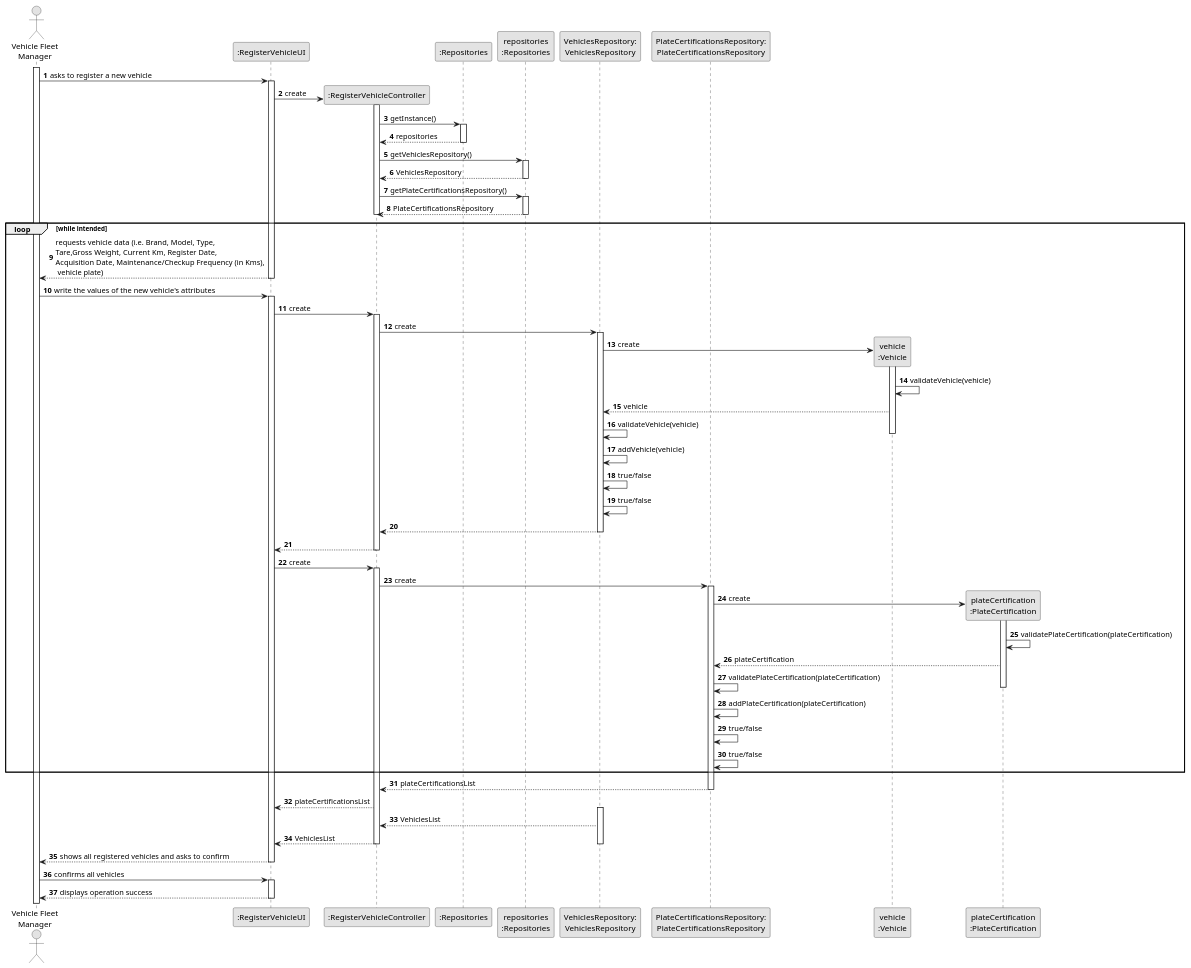
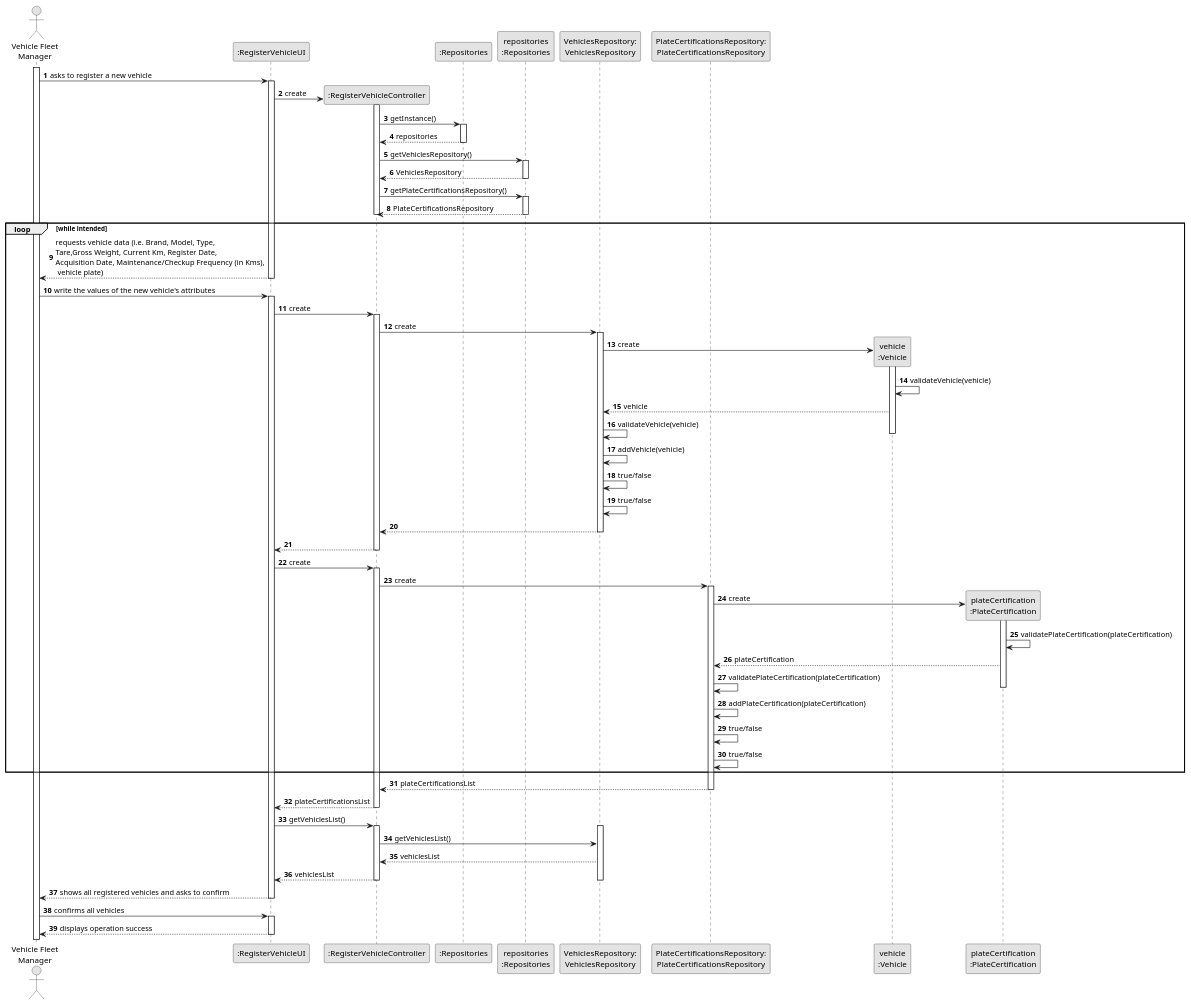
One commit to 1231360-ISEP/lei-24-s2-1db-g021 changed the diagram in docs/sprint2/us006/03.design/puml/us006-sequence-diagram-full.puml. Above: the diagram before and after it, drawn with PlantUML. The commit also changed 4 other files, not shown here.

Commit message:
US6 - update class diagram and full diagram

```diff
--- a/docs/sprint2/us006/03.design/puml/us006-sequence-diagram-full.puml
+++ b/docs/sprint2/us006/03.design/puml/us006-sequence-diagram-full.puml
@@ -1,125 +1,129 @@
 @startuml
 skinparam monochrome true
 skinparam packageStyle rectangle
 skinparam shadowing false
 
 actor "Vehicle Fleet\nManager" as VFM
 participant ":RegisterVehicleUI" as UI
 participant ":RegisterVehicleController" as CTRL
 participant ":Repositories" as RepositorySingleton
 participant "repositories\n:Repositories" as PLAT
 participant "VehiclesRepository:\nVehiclesRepository" as VehiclesRepository
 participant "PlateCertificationsRepository:\nPlateCertificationsRepository" as PlateCertificationsRepository
 participant "vehicle\n:Vehicle" as VEICULO
 participant "plateCertification\n:PlateCertification" as PLATE_CERTIFICATION
 
 autonumber 1
 
 activate VFM
 
         VFM -> UI : asks to register a new vehicle
     activate UI
 
         UI -> CTRL** : create
     activate CTRL
 
         CTRL -> RepositorySingleton : getInstance()
     activate RepositorySingleton
 
     RepositorySingleton --> CTRL: repositories
     deactivate RepositorySingleton
 
         CTRL -> PLAT : getVehiclesRepository()
     activate PLAT
 
     PLAT --> CTRL: VehiclesRepository
     deactivate PLAT
 
     CTRL -> PLAT : getPlateCertificationsRepository()
 
     activate PLAT
 
     PLAT --> CTRL: PlateCertificationsRepository
     deactivate PLAT
 
 deactivate CTRL
 
     loop while intended
         UI --> VFM : requests vehicle data (i.e. Brand, Model, Type, \nTare,Gross Weight, Current Km, Register Date, \nAcquisition Date, Maintenance/Checkup Frequency (in Kms),\n vehicle plate)
 
     deactivate UI
 
         VFM -> UI : write the values of the new vehicle's attributes
     activate UI
 
        UI -> CTRL: create
     activate CTRL
 
         CTRL -> VehiclesRepository : create
     activate VehiclesRepository
 
-        'VehiclesRepository -> VEICULO**: createVehicle(currentKm,\n acquisitionDate,maintenance)
         VehiclesRepository -> VEICULO**: create
     activate VEICULO
 
     VEICULO -> VEICULO: validateVehicle(vehicle)
 
     VEICULO --> VehiclesRepository : vehicle
     VehiclesRepository -> VehiclesRepository: validateVehicle(vehicle)
     deactivate VEICULO
     VehiclesRepository -> VehiclesRepository: addVehicle(vehicle)
     VehiclesRepository -> VehiclesRepository: true/false
     VehiclesRepository -> VehiclesRepository: true/false
 
     CTRL <-- VehiclesRepository
     deactivate VehiclesRepository
 
     UI <-- CTRL
 
     deactivate CTRL
 
     UI -> CTRL: create
 
     activate CTRL
 
         CTRL -> PlateCertificationsRepository : create
     activate PlateCertificationsRepository
 
-    'PlateCertificationsRepository -> PLATE_CERTIFICATION**: createPlateCertification(brand,\n model,type,tare,grossWeight,\n registerDate,plate)
-    PlateCertificationsRepository -> PLATE_CERTIFICATION**: create
+        PlateCertificationsRepository -> PLATE_CERTIFICATION**: create
 
     activate PLATE_CERTIFICATION
         PLATE_CERTIFICATION -> PLATE_CERTIFICATION: validatePlateCertification(plateCertification)
 
         PLATE_CERTIFICATION --> PlateCertificationsRepository : plateCertification
         PlateCertificationsRepository -> PlateCertificationsRepository: validatePlateCertification(plateCertification)
         deactivate PLATE_CERTIFICATION
         PlateCertificationsRepository -> PlateCertificationsRepository: addPlateCertification(plateCertification)
         PlateCertificationsRepository -> PlateCertificationsRepository: true/false
         PlateCertificationsRepository -> PlateCertificationsRepository: true/false
 
     end
 
     CTRL <-- PlateCertificationsRepository : plateCertificationsList
     deactivate PlateCertificationsRepository
 
     CTRL --> UI : plateCertificationsList
+    deactivate CTRL
+
+    UI -> CTRL : getVehiclesList()
+    activate CTRL
 
     activate VehiclesRepository
 
-    CTRL <-- VehiclesRepository : VehiclesList
-    CTRL --> UI : VehiclesList
+    CTRL -> VehiclesRepository : getVehiclesList()
+
+    CTRL <-- VehiclesRepository : vehiclesList
+    CTRL --> UI : vehiclesList
     deactivate VehiclesRepository
 
     deactivate CTRL
 
     UI --> VFM : shows all registered vehicles and asks to confirm
     deactivate UI
 
         VFM -> UI : confirms all vehicles
     activate UI
 
     UI --> VFM : displays operation success
     deactivate UI
 
 @enduml
```
